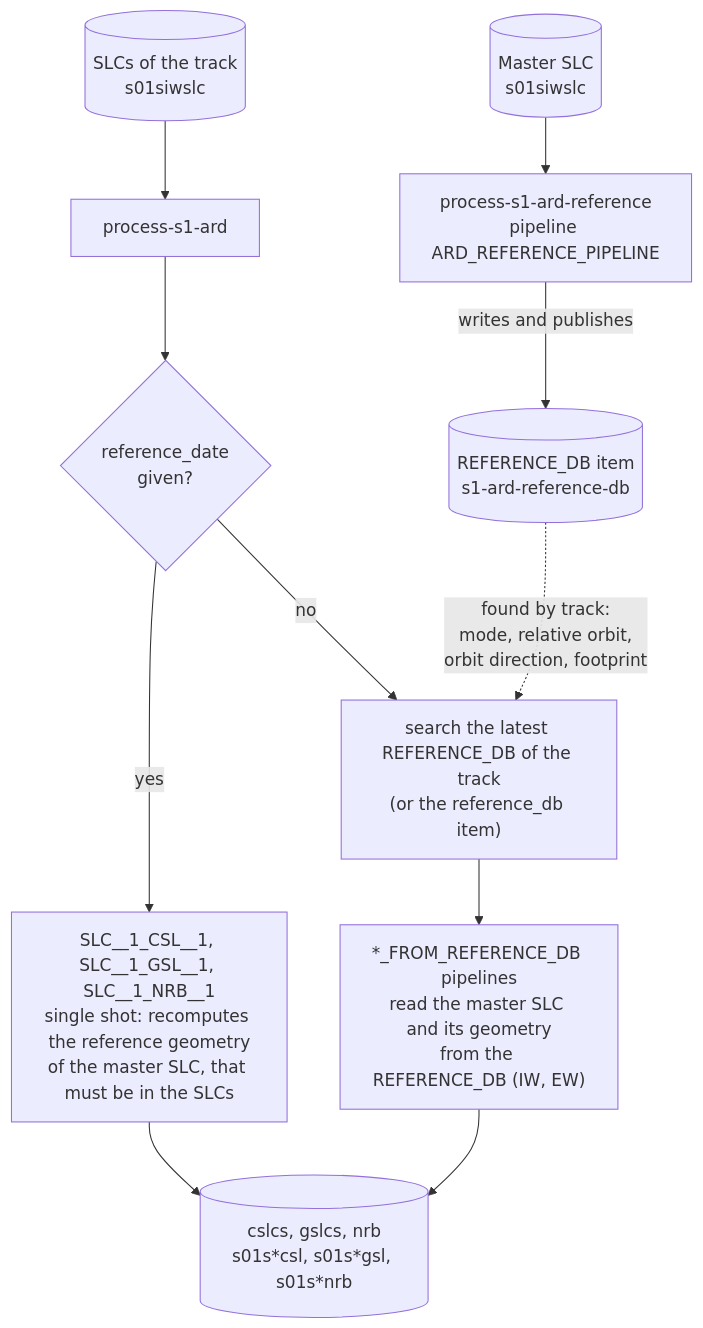
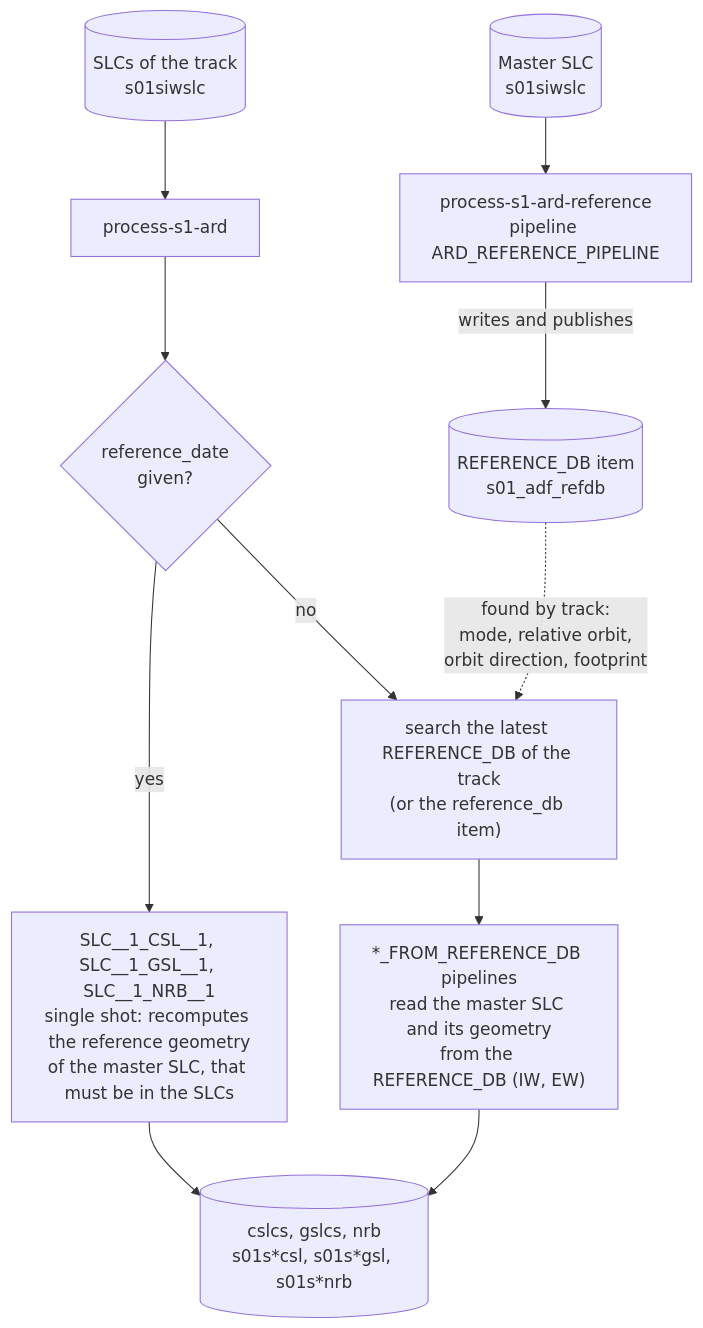
The first of 2 diagrams in docs/doc/flows/sentinel1-flows.md (RS-PYTHON/rs-client-libraries), drawn with Mermaid before and after one commit. The commit also changed other lines of this file and 5 other files, not shown here.

First line of the commit message:
Rename the S1 ARD REFERENCE_DB collection to s01_adf_refdb

````diff
--- a/docs/doc/flows/sentinel1-flows.md
+++ b/docs/doc/flows/sentinel1-flows.md
@@ -49,19 +49,19 @@
 ```mermaid
 flowchart TB
     master[("Master SLC<br/>s01siwslc")]
     ref["process-s1-ard-reference<br/>pipeline ARD_REFERENCE_PIPELINE"]
-    refdb[("REFERENCE_DB item<br/>s1-ard-reference-db")]
+    refdb[("REFERENCE_DB item<br/>s01_adf_refdb")]
     slcs[("SLCs of the track<br/>s01siwslc")]
     nominal["process-s1-ard"]
     choice{"reference_date<br/>given?"}
     single["SLC__1_CSL__1, SLC__1_GSL__1, SLC__1_NRB__1<br/>single shot: recomputes the reference geometry<br/>of the master SLC, that must be in the SLCs"]
     search["search the latest REFERENCE_DB of the track<br/>(or the reference_db item)"]
     fromdb["*_FROM_REFERENCE_DB pipelines<br/>read the master SLC and its geometry<br/>from the REFERENCE_DB (IW, EW)"]
     outputs[("cslcs, gslcs, nrb<br/>s01s*csl, s01s*gsl, s01s*nrb")]
 
     master --> ref -->|"writes and publishes"| refdb
     slcs --> nominal --> choice
     choice -->|"yes"| single --> outputs
     choice -->|"no"| search --> fromdb --> outputs
     refdb -.->|"found by track:<br/>mode, relative orbit,<br/>orbit direction, footprint"| search
 ```
````
